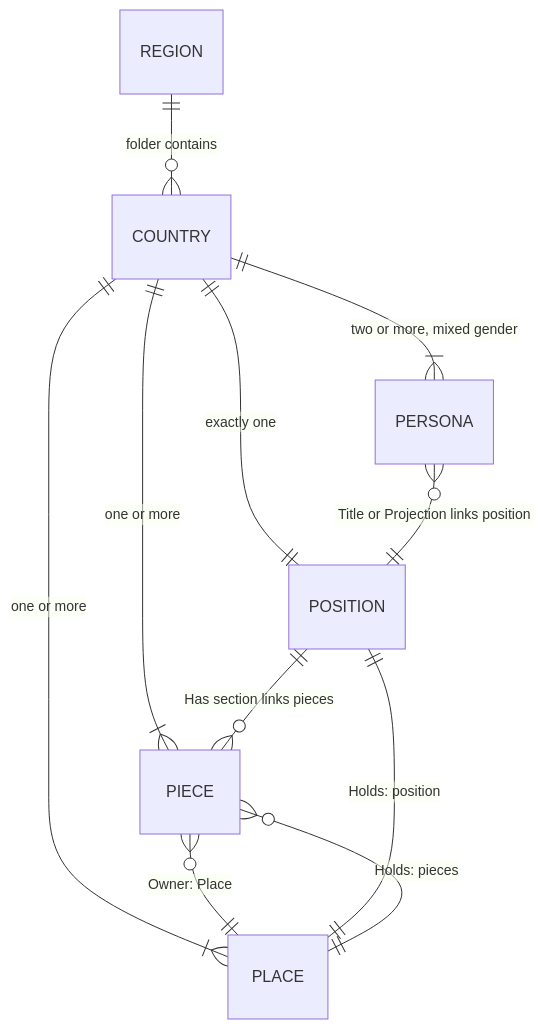
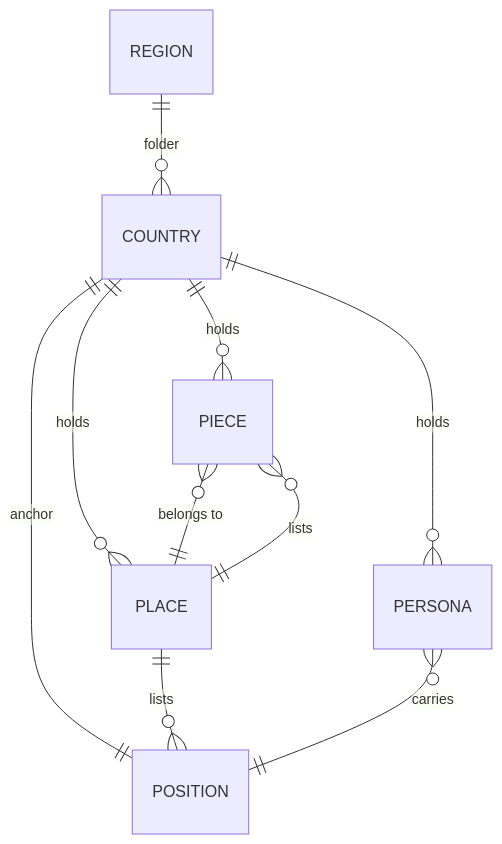
Before and after one commit to ChBrain/Cultures: the diagram in ARCHITECTURE.md, drawn with Mermaid. The commit also changed other lines of this file and 8 other files, not shown here.

````diff
--- a/ARCHITECTURE.md
+++ b/ARCHITECTURE.md
@@ -108,13 +64,12 @@
 ```mermaid
 erDiagram
-    REGION   ||--o{ COUNTRY  : "folder contains"
-    COUNTRY  ||--|| POSITION : "exactly one"
-    COUNTRY  ||--|{ PIECE    : "one or more"
-    COUNTRY  ||--|{ PLACE    : "one or more"
-    COUNTRY  ||--|{ PERSONA  : "two or more, mixed gender"
-    POSITION ||--o{ PIECE    : "Has section links pieces"
-    PIECE    }o--|| PLACE    : "Owner: Place"
-    PLACE    ||--|| POSITION : "Holds: position"
-    PLACE    ||--o{ PIECE    : "Holds: pieces"
-    PERSONA  }o--|| POSITION : "Title or Projection links position"
+    REGION ||--o{ COUNTRY : "folder"
+    COUNTRY ||--|| POSITION : "anchor"
+    COUNTRY ||--o{ PIECE : "holds"
+    COUNTRY ||--o{ PLACE : "holds"
+    COUNTRY ||--o{ PERSONA : "holds"
+    PIECE }o--|| PLACE : "belongs to"
+    PLACE ||--o{ POSITION : "lists"
+    PLACE ||--o{ PIECE : "lists"
+    PERSONA }o--|| POSITION : "carries"
 ```
````
